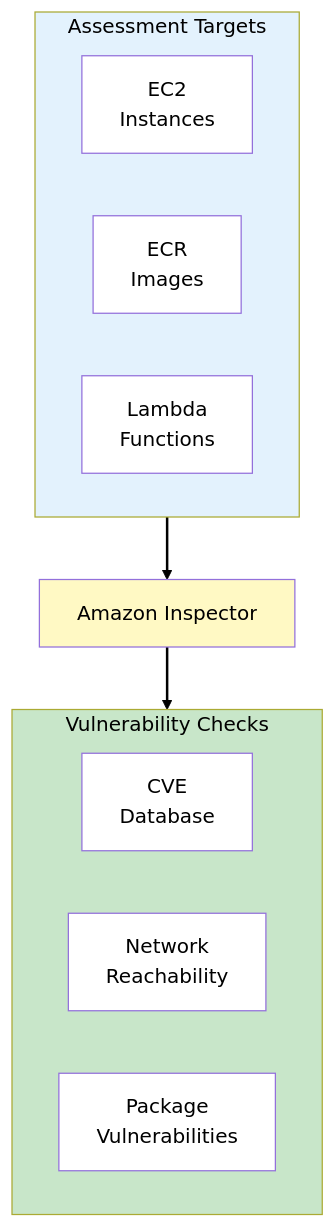
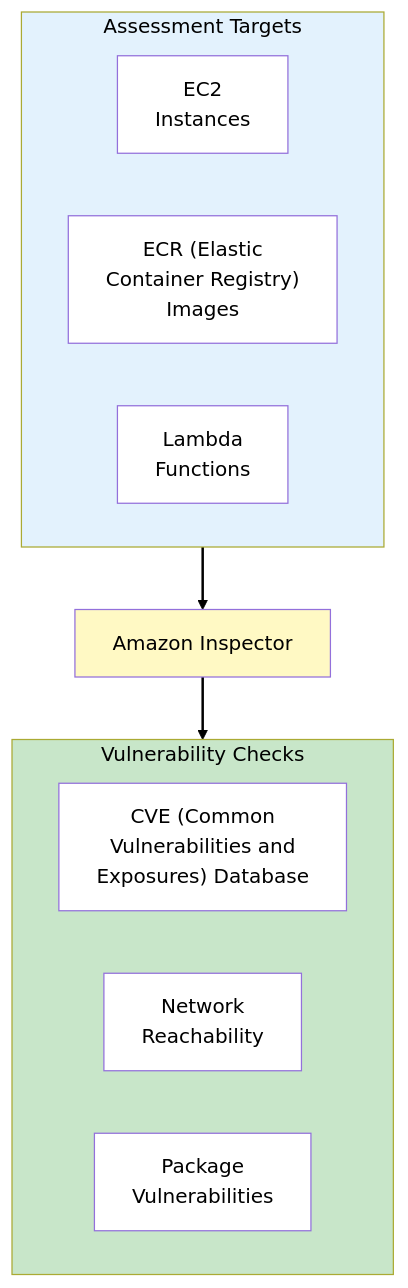
Before and after one commit to benjaminhonorio/aws-architecting: the sixth of 10 diagrams in docs/scenarios/medvault/phases/phase-6-threat-detection.md, drawn with Mermaid. The commit also changed other lines of this file and 6 other files, not shown here.

````diff
--- a/docs/scenarios/medvault/phases/phase-6-threat-detection.md
+++ b/docs/scenarios/medvault/phases/phase-6-threat-detection.md
@@ -255,29 +272,29 @@
 ```mermaid
 flowchart TB
     subgraph Targets["Assessment Targets"]
         EC2["EC2<br>Instances"]
-        ECR["ECR<br>Images"]
+        ECR["ECR (Elastic<br>Container Registry)<br>Images"]
         LAMBDA["Lambda<br>Functions"]
     end
 
     INSP["Amazon Inspector"]
 
     subgraph Checks["Vulnerability Checks"]
-        CVE["CVE<br>Database"]
+        CVE["CVE (Common<br>Vulnerabilities and<br>Exposures) Database"]
         NET["Network<br>Reachability"]
         PKG["Package<br>Vulnerabilities"]
     end
 
     Targets --> INSP --> Checks
 
     style Targets fill:#e3f2fd,color:#000
     style INSP fill:#fff9c4,color:#000
     style Checks fill:#c8e6c9,color:#000
     style EC2 fill:#fff,color:#000
     style ECR fill:#fff,color:#000
     style LAMBDA fill:#fff,color:#000
     style CVE fill:#fff,color:#000
     style NET fill:#fff,color:#000
     style PKG fill:#fff,color:#000
     linkStyle default stroke:#000,stroke-width:2px
 ```
````
